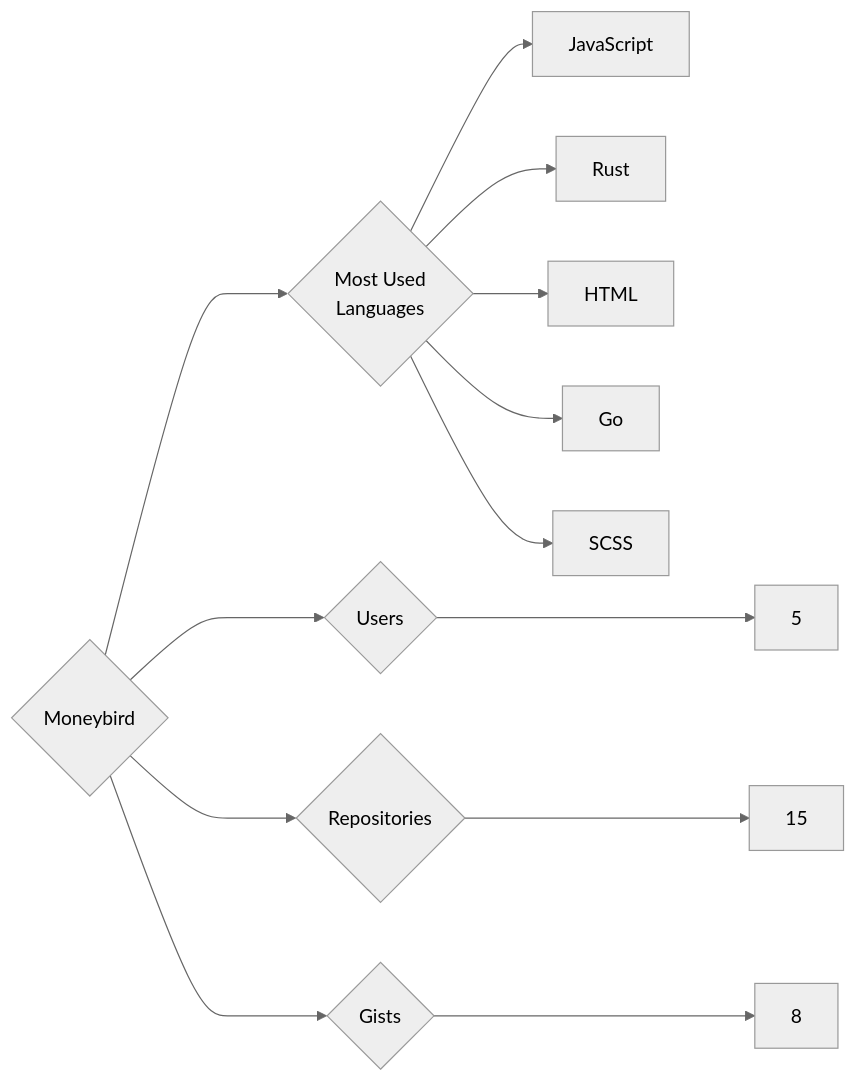
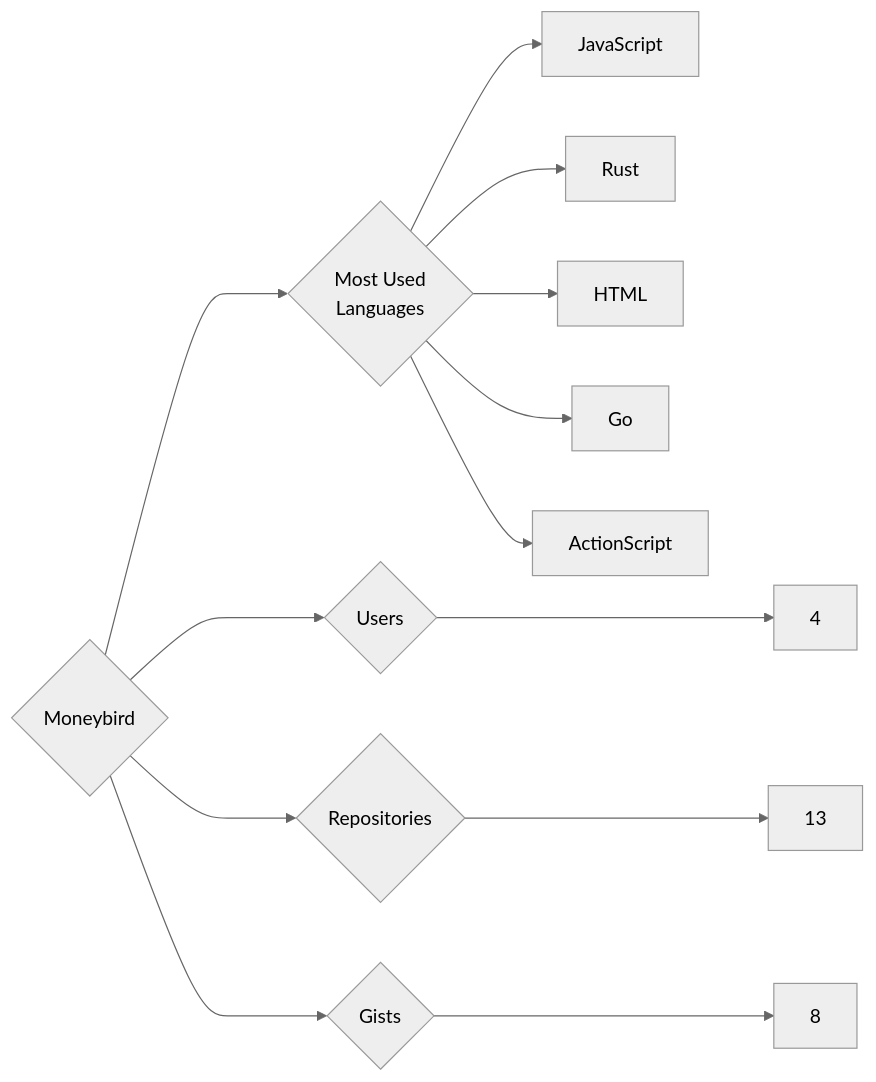
Before and after one commit to trickest/insiders: the diagram in targets/Moneybird/README.md, drawn with Mermaid (neutral theme). The commit also changed 1508 other files, not shown here.

````diff
--- a/targets/Moneybird/README.md
+++ b/targets/Moneybird/README.md
@@ -3,13 +3,13 @@
 ```mermaid
 graph LR
 COMPANY_NAME{Moneybird}
-COMPANY_NAME ---> U{Users} ---> UN[5]
-COMPANY_NAME ---> R{Repositories} ---> RN[15]
+COMPANY_NAME ---> U{Users} ---> UN[4]
+COMPANY_NAME ---> R{Repositories} ---> RN[13]
 COMPANY_NAME ---> G{Gists} ---> GN[8]
 COMPANY_NAME ---> ML{Most Used<br>Languages}
 ML --> JavaScript[JavaScript]
 ML --> Rust[Rust]
 ML --> HTML[HTML]
 ML --> Go[Go]
-ML --> SCSS[SCSS]
+ML --> ActionScript[ActionScript]
 ```
````
